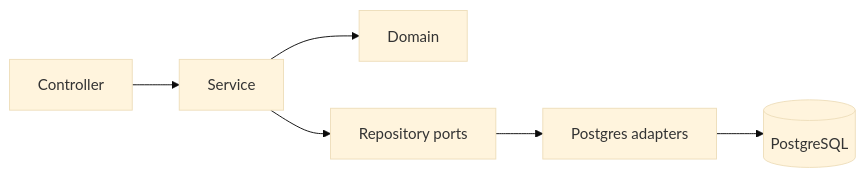
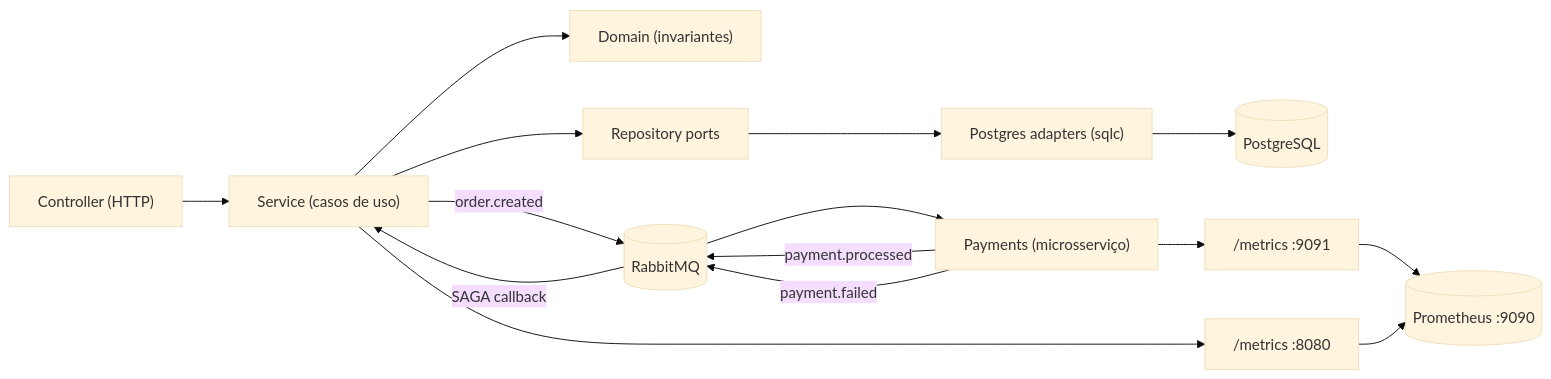
One commit to MarceloRodrigues1853/ada_go-desafio_pedidos changed the diagram in README.md. Above: the diagram before and after it, drawn with Mermaid (base theme). The commit also changed other lines of this file and 15 other files, not shown here.

````diff
--- a/README.md
+++ b/README.md
@@ -48,8 +18,18 @@
 ```mermaid
 flowchart LR
-    C["Controller"] --> S["Service"]
-    S --> D["Domain"]
+    C["Controller (HTTP)"] --> S["Service (casos de uso)"]
+    S --> D["Domain (invariantes)"]
     S --> R["Repository ports"]
-    R --> P["Postgres adapters"]
+    R --> P["Postgres adapters (sqlc)"]
     P --> DB[(PostgreSQL)]
+
+    S -->|"order.created"| RB[(RabbitMQ)]
+    RB --> PM["Payments (microsserviço)"]
+    PM -->|"payment.processed"| RB
+    PM -->|"payment.failed"| RB
+    RB -->|"SAGA callback"| S
+    PM --> MET["/metrics :9091"]
+    S --> MET2["/metrics :8080"]
+    MET --> PR[(Prometheus :9090)]
+    MET2 --> PR
 ```
````
